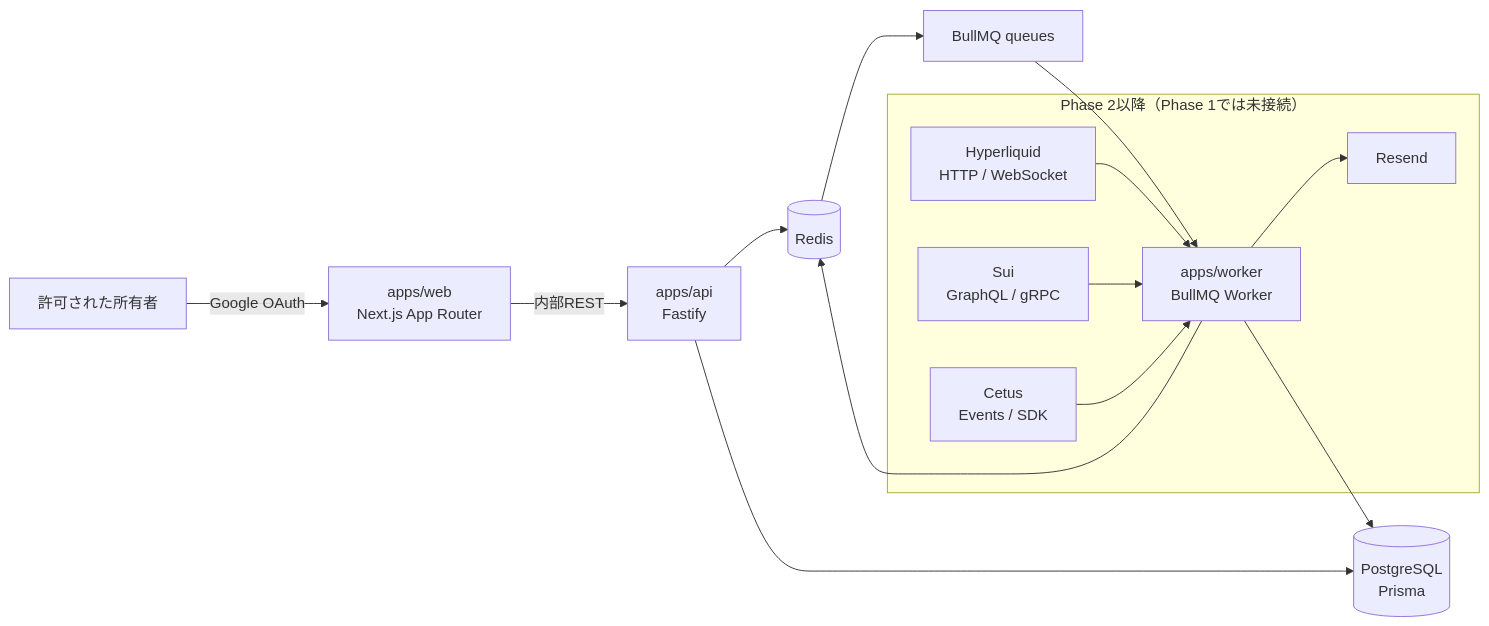
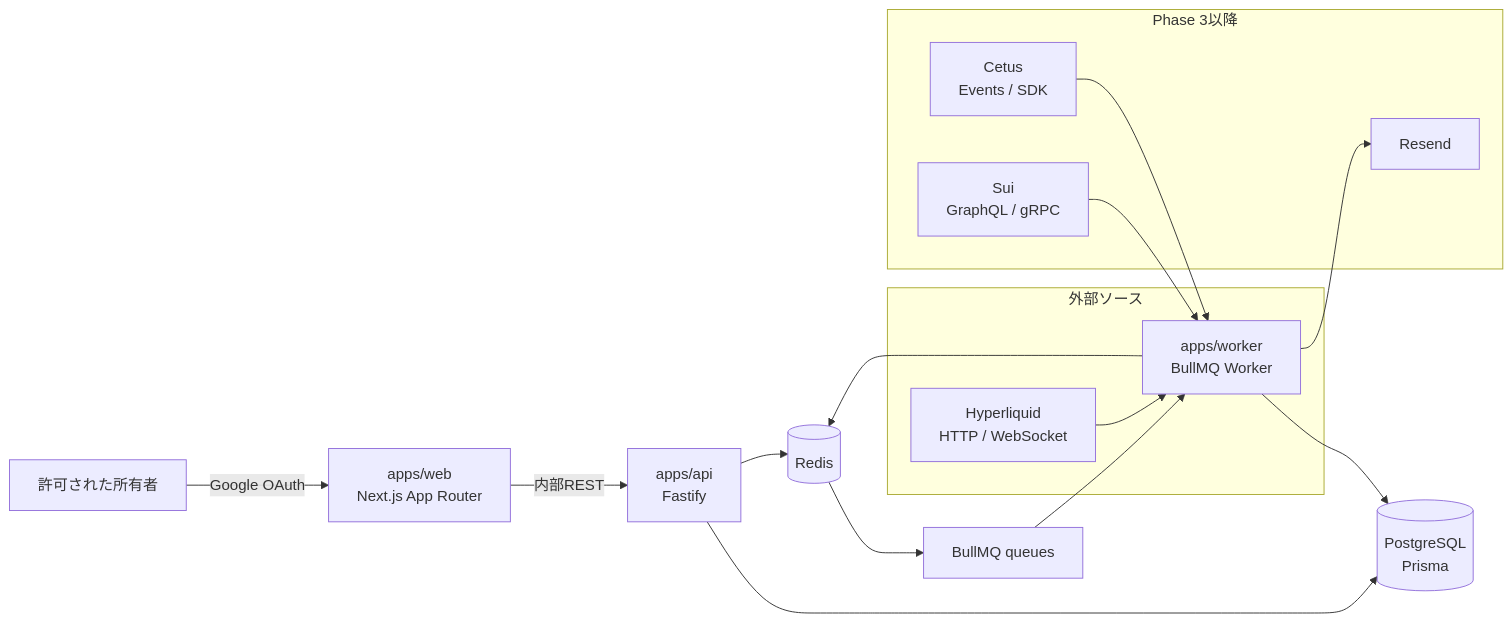
Before and after one commit to ken-ahi/chaincopy-observer: the first of 4 diagrams in docs/architecture.md, drawn with Mermaid. The commit also changed other lines of this file and 76 other files, not shown here.

````diff
--- a/docs/architecture.md
+++ b/docs/architecture.md
@@ -16,22 +16,25 @@
 ```mermaid
 flowchart LR
     User["許可された所有者"] -->|Google OAuth| Web["apps/web<br/>Next.js App Router"]
     Web -->|内部REST| API["apps/api<br/>Fastify"]
     API --> DB[("PostgreSQL<br/>Prisma")]
     API --> Redis[("Redis")]
     Worker["apps/worker<br/>BullMQ Worker"] --> DB
     Worker --> Redis
     Redis --> Queue["BullMQ queues"]
     Queue --> Worker
 
-    subgraph Future["Phase 2以降（Phase 1では未接続）"]
+    subgraph Sources["外部ソース"]
       HL["Hyperliquid<br/>HTTP / WebSocket"]
+      HL --> Worker
+    end
+
+    subgraph Future["Phase 3以降"]
       Sui["Sui<br/>GraphQL / gRPC"]
       Cetus["Cetus<br/>Events / SDK"]
       Notify["Resend"]
-      HL --> Worker
       Sui --> Worker
       Cetus --> Worker
       Worker --> Notify
     end
 ```
````
